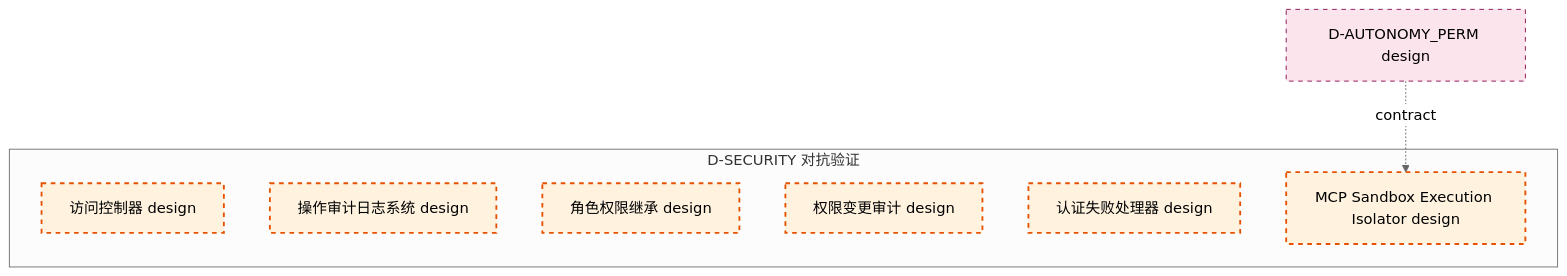
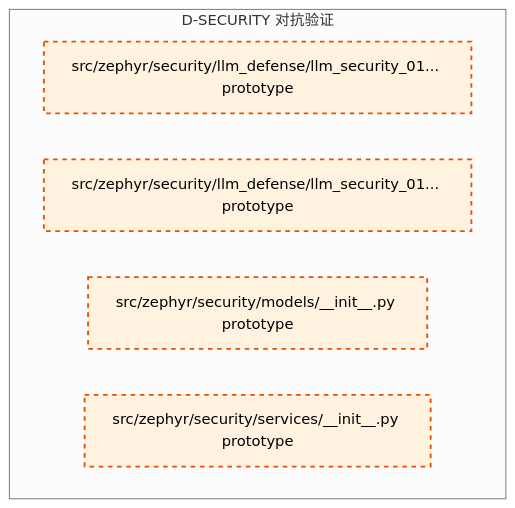
The ninth of 9 diagrams in docs/02_enterprise_architecture/02_domain_architecture_docs/18_d_security.md (xuanFelixVan/ZephyrAlpha), drawn with Mermaid (neutral theme) before and after one commit. The commit also changed other lines of this file and 4786 other files, not shown here.

````diff
--- a/docs/02_enterprise_architecture/02_domain_architecture_docs/18_d_security.md
+++ b/docs/02_enterprise_architecture/02_domain_architecture_docs/18_d_security.md
@@ -1108,19 +1011,14 @@
 ```mermaid
 graph TD
     subgraph D_SECURITY["D-SECURITY 对抗验证"]
-        D_SECURITY_08["访问控制器 design"]
-        D_SECURITY_41["操作审计日志系统 design"]
-        D_SECURITY_48["角色权限继承 design"]
-        D_SECURITY_50["权限变更审计 design"]
-        D_SECURITY_45["认证失败处理器 design"]
-        D_SECURITY_21["MCP Sandbox Execution Isolator design"]
+        src_zephyr_security_llm_defense_llm_security_01_self_protection_l7_validation_py["src/zephyr/security/llm_defense/llm_security_01... prototype"]
+        src_zephyr_security_llm_defense_llm_security_01_self_protection_red_team_scanner_py["src/zephyr/security/llm_defense/llm_security_01... prototype"]
+        src_zephyr_security_models_init_py["src/zephyr/security/models/__init__.py prototype"]
+        src_zephyr_security_services_init_py["src/zephyr/security/services/__init__.py prototype"]
     end
-    D_AUTONOMY_PERM["D-AUTONOMY_PERM design"]
-    D_AUTONOMY_PERM -.->|contract| D_SECURITY_21
     classDef production fill:#e1f5fe,stroke:#01579b,stroke-width:2px,color:#000
     classDef design fill:#fff3e0,stroke:#e65100,stroke-width:2px,color:#000,stroke-dasharray: 5 5
     classDef external_prod fill:#e8f5e9,stroke:#1b5e20,stroke-width:1px,color:#000
     classDef external_design fill:#fce4ec,stroke:#880e4f,stroke-width:1px,color:#000,stroke-dasharray: 5 5
-    class D_SECURITY_08,D_SECURITY_41,D_SECURITY_48,D_SECURITY_50,D_SECURITY_45,D_SECURITY_21 design
-    class D_AUTONOMY_PERM external_design
+    class src_zephyr_security_llm_defense_llm_security_01_self_protection_l7_validation_py,src_zephyr_security_llm_defense_llm_security_01_self_protection_red_team_scanner_py,src_zephyr_security_models_init_py,src_zephyr_security_services_init_py design
 ```
````
